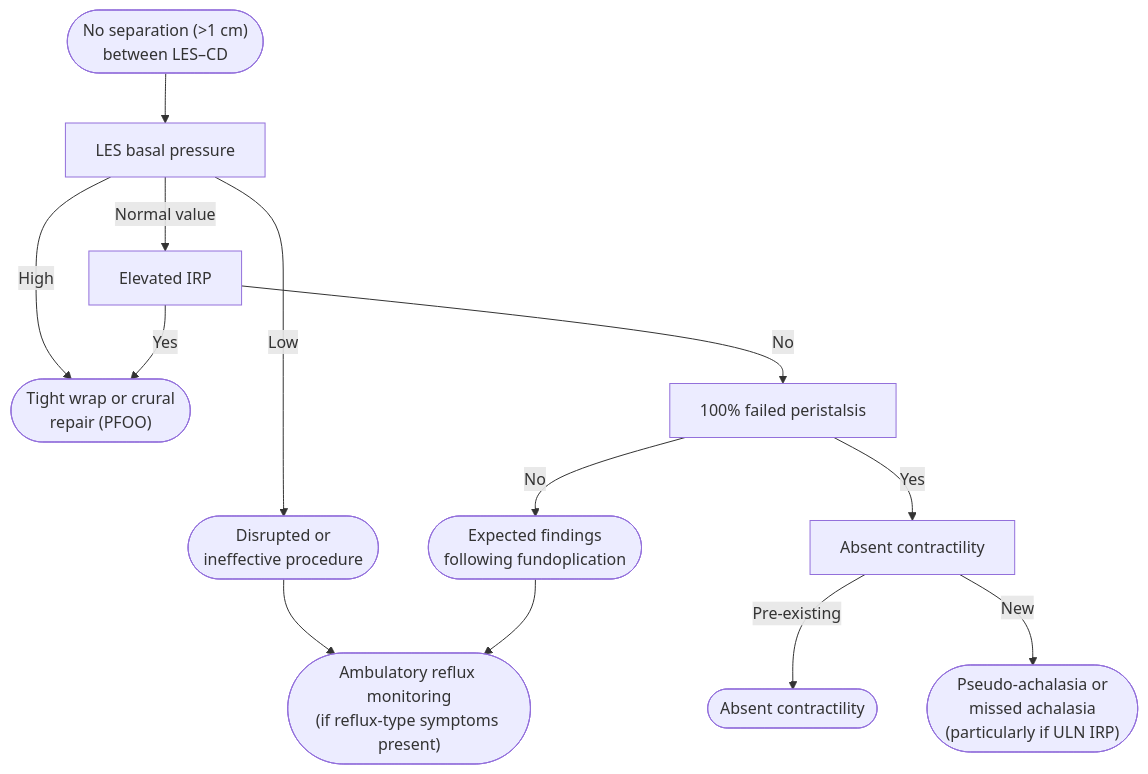
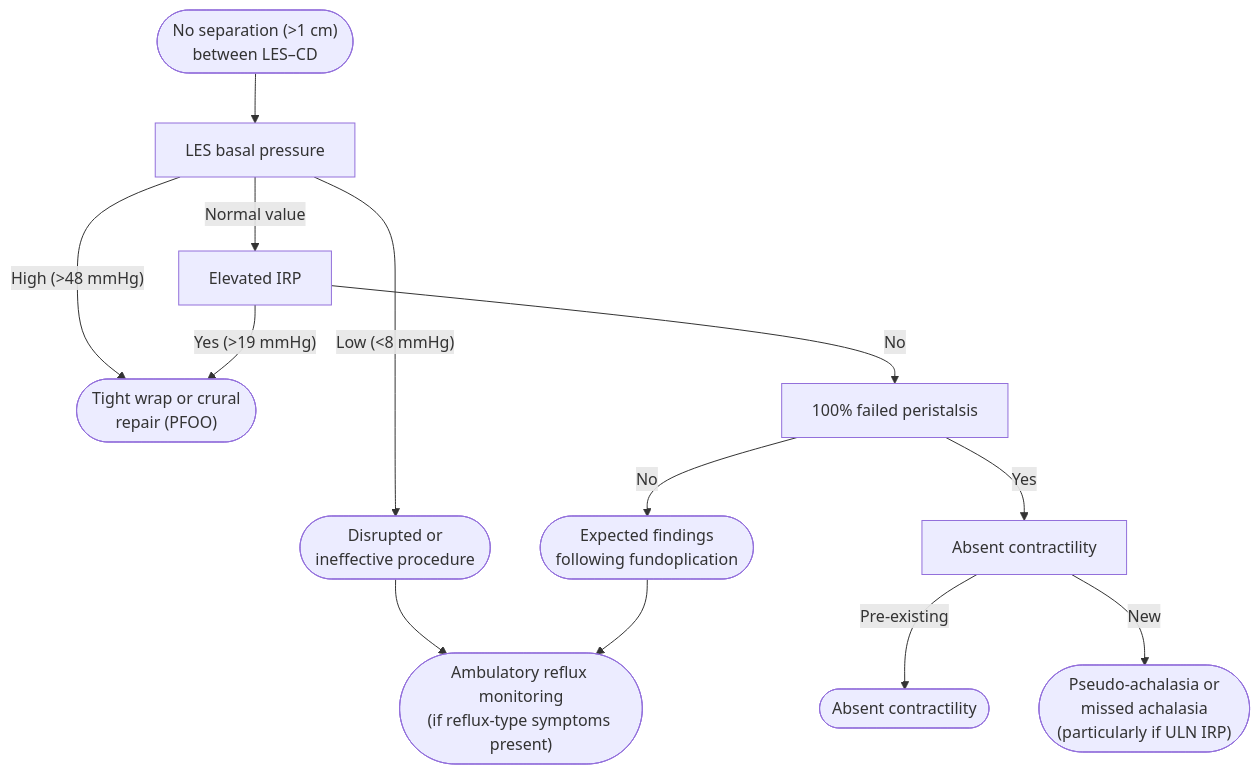
The diagram in KHNL-GI-Wiki/wiki/7-concepts/hrm-antireflux-surgery.md (KHNickLeMD/KHNL-GI-Wiki), drawn with Mermaid before and after one commit. The commit also changed other lines of this file and 18 other files, not shown here.

````diff
--- a/KHNL-GI-Wiki/wiki/7-concepts/hrm-antireflux-surgery.md
+++ b/KHNL-GI-Wiki/wiki/7-concepts/hrm-antireflux-surgery.md
@@ -105,19 +150,19 @@
 ```mermaid
 flowchart TD
     A(["No separation (>1 cm)<br/>between LES–CD"]) --> B["LES basal pressure"]
-    B -- "Low" --> C(["Disrupted or<br/>ineffective procedure"])
+    B -- "Low (<8 mmHg)" --> C(["Disrupted or<br/>ineffective procedure"])
     C --> R(["Ambulatory reflux monitoring<br/>(if reflux-type symptoms present)"])
-    B -- "High" --> P(["Tight wrap or crural<br/>repair (PFOO)"])
+    B -- "High (>48 mmHg)" --> P(["Tight wrap or crural<br/>repair (PFOO)"])
     B -- "Normal value" --> D["Elevated IRP"]
-    D -- "Yes" --> P
+    D -- "Yes (>19 mmHg)" --> P
     D -- "No" --> E["100% failed peristalsis"]
     E -- "Yes" --> F["Absent contractility"]
     F -- "Pre-existing" --> G(["Absent contractility"])
     F -- "New" --> H(["Pseudo-achalasia or<br/>missed achalasia<br/>(particularly if ULN IRP)"])
     E -- "No" --> I(["Expected findings<br/>following fundoplication"])
     I --> R
     class A start
     class B,D,E,F test
     class R act
     class C,P,G,H,I stop
 ```
````
